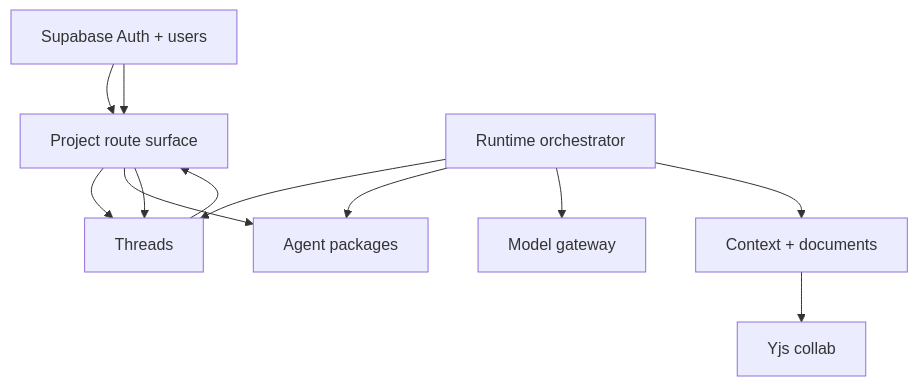
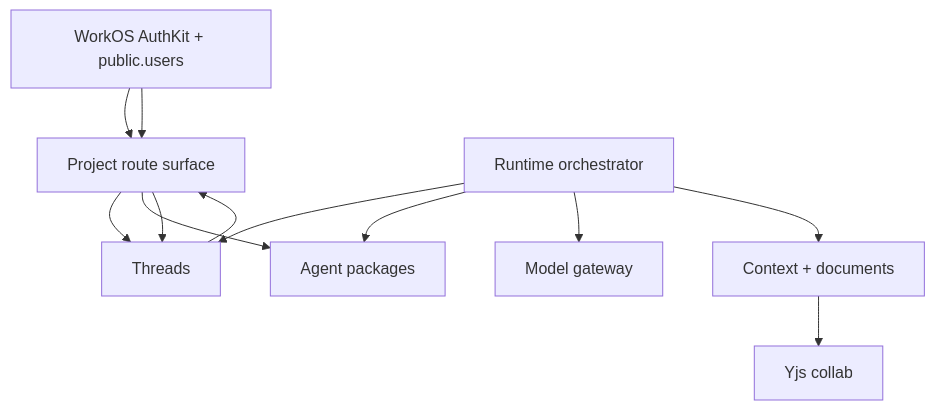
Before and after one commit to haowjy/meridian-flow: the diagram in .context/CONTEXT.md, drawn with Mermaid. The commit also changed other lines of this file and 20 other files, not shown here.

````diff
--- a/.context/CONTEXT.md
+++ b/.context/CONTEXT.md
@@ -9,24 +9,24 @@
 ```mermaid
 flowchart TD
   Projects[Projects + works]
   Projects[Project route surface]
-  Auth[Supabase Auth + users]
+  Auth[WorkOS AuthKit + public.users]
   Packages[Agent packages]
   Runtime[Runtime orchestrator]
   Gateway[Model gateway]
   Threads[Threads]
   Context[Context + documents]
   Collab[Yjs collab]
 
   Auth --> Projects
   Auth --> Projects
   Projects --> Threads
   Projects --> Packages
   Projects --> Threads
   Runtime --> Threads
   Runtime --> Packages
   Runtime --> Gateway
   Runtime --> Context
   Context --> Collab
   Threads --> Projects
 ```
````
